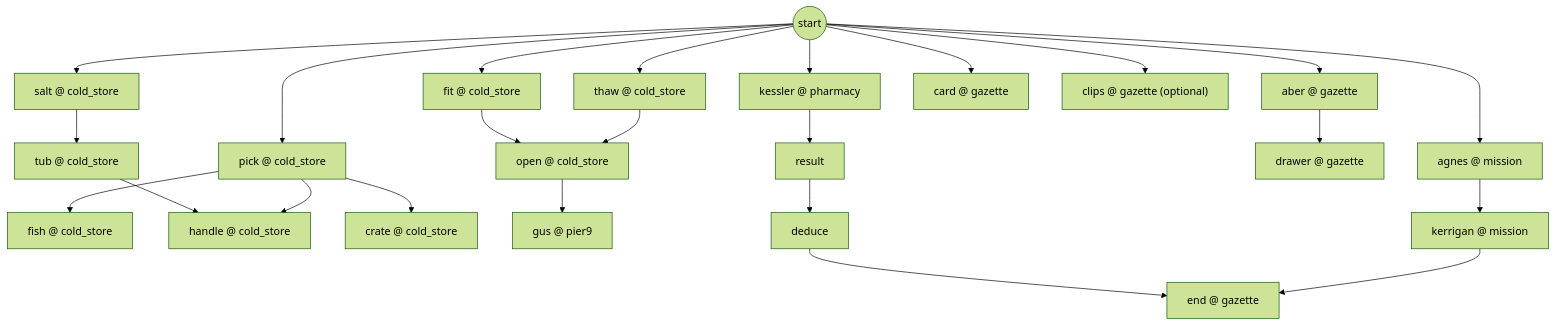
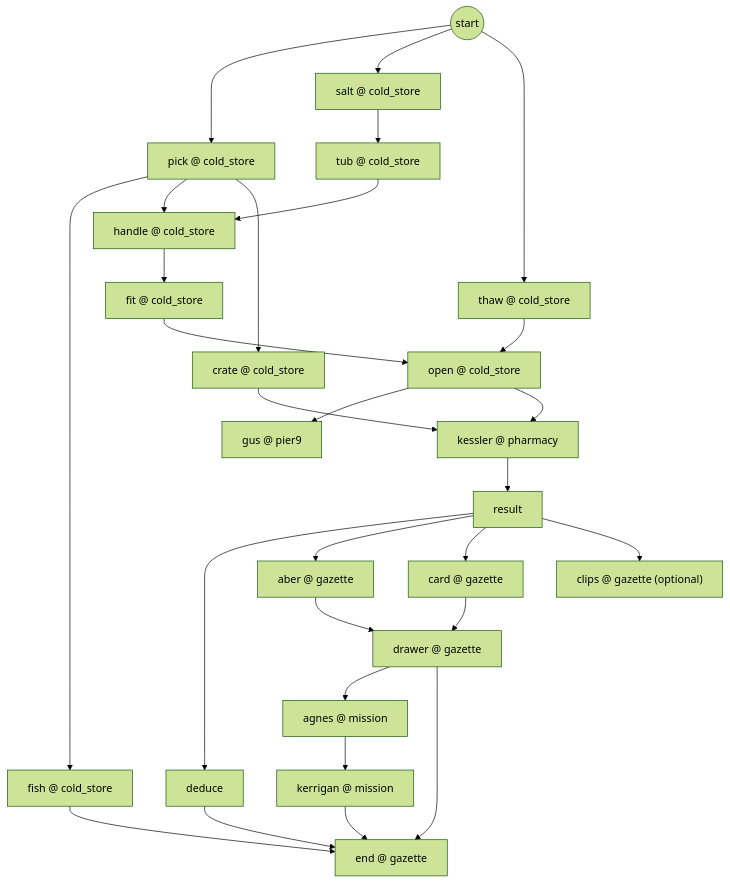
Before and after one commit to GasPhil1968/kolo-srece: the second of 8 diagrams in nightlatch/docs/PUZZLE_GRAPH.md, drawn with Mermaid (forest theme). The commit also changed other lines of this file and 216 other files, not shown here.

````diff
--- a/nightlatch/docs/PUZZLE_GRAPH.md
+++ b/nightlatch/docs/PUZZLE_GRAPH.md
@@ -95,47 +96,51 @@
 ```mermaid
 flowchart TD
   start2((start))
   c2_pick["pick @ cold_store"]
   c2_fish["fish @ cold_store"]
   c2_salt["salt @ cold_store"]
   c2_tub["tub @ cold_store"]
   c2_handle["handle @ cold_store"]
   c2_fit["fit @ cold_store"]
   c2_thaw["thaw @ cold_store"]
   c2_crate["crate @ cold_store"]
   c2_open["open @ cold_store"]
   c2_gus["gus @ pier9"]
   c2_kessler["kessler @ pharmacy"]
   c2_result["result"]
   c2_deduce["deduce"]
   c2_aber["aber @ gazette"]
   c2_card["card @ gazette"]
   c2_drawer["drawer @ gazette"]
   c2_clips["clips @ gazette (optional)"]
   c2_agnes["agnes @ mission"]
   c2_kerrigan["kerrigan @ mission"]
   c2_end["end @ gazette"]
   start2 --> c2_pick
   c2_pick --> c2_fish
   start2 --> c2_salt
   c2_salt --> c2_tub
   c2_tub --> c2_handle
   c2_pick --> c2_handle
-  start2 --> c2_fit
+  c2_handle --> c2_fit
   start2 --> c2_thaw
   c2_pick --> c2_crate
   c2_fit --> c2_open
   c2_thaw --> c2_open
   c2_open --> c2_gus
-  start2 --> c2_kessler
+  c2_crate --> c2_kessler
+  c2_open --> c2_kessler
   c2_kessler --> c2_result
   c2_result --> c2_deduce
-  start2 --> c2_aber
-  start2 --> c2_card
+  c2_result --> c2_aber
+  c2_result --> c2_card
   c2_aber --> c2_drawer
-  start2 --> c2_clips
-  start2 --> c2_agnes
+  c2_card --> c2_drawer
+  c2_result --> c2_clips
+  c2_drawer --> c2_agnes
   c2_agnes --> c2_kerrigan
+  c2_drawer --> c2_end
   c2_deduce --> c2_end
+  c2_fish --> c2_end
   c2_kerrigan --> c2_end
 ```
````
